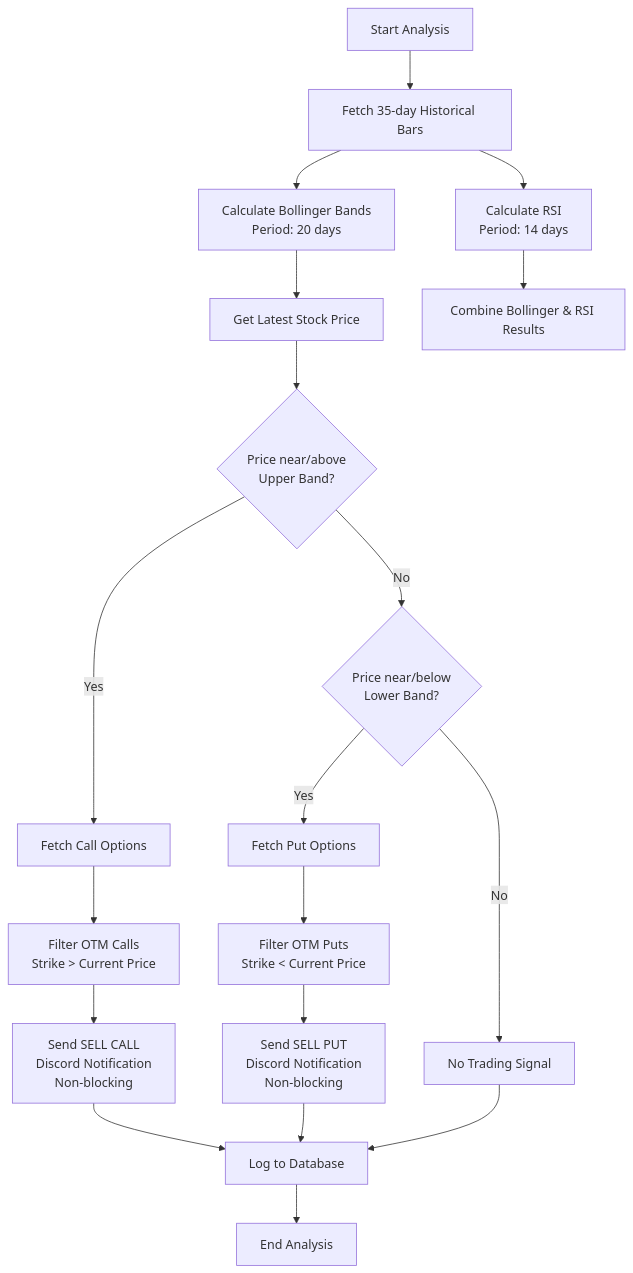
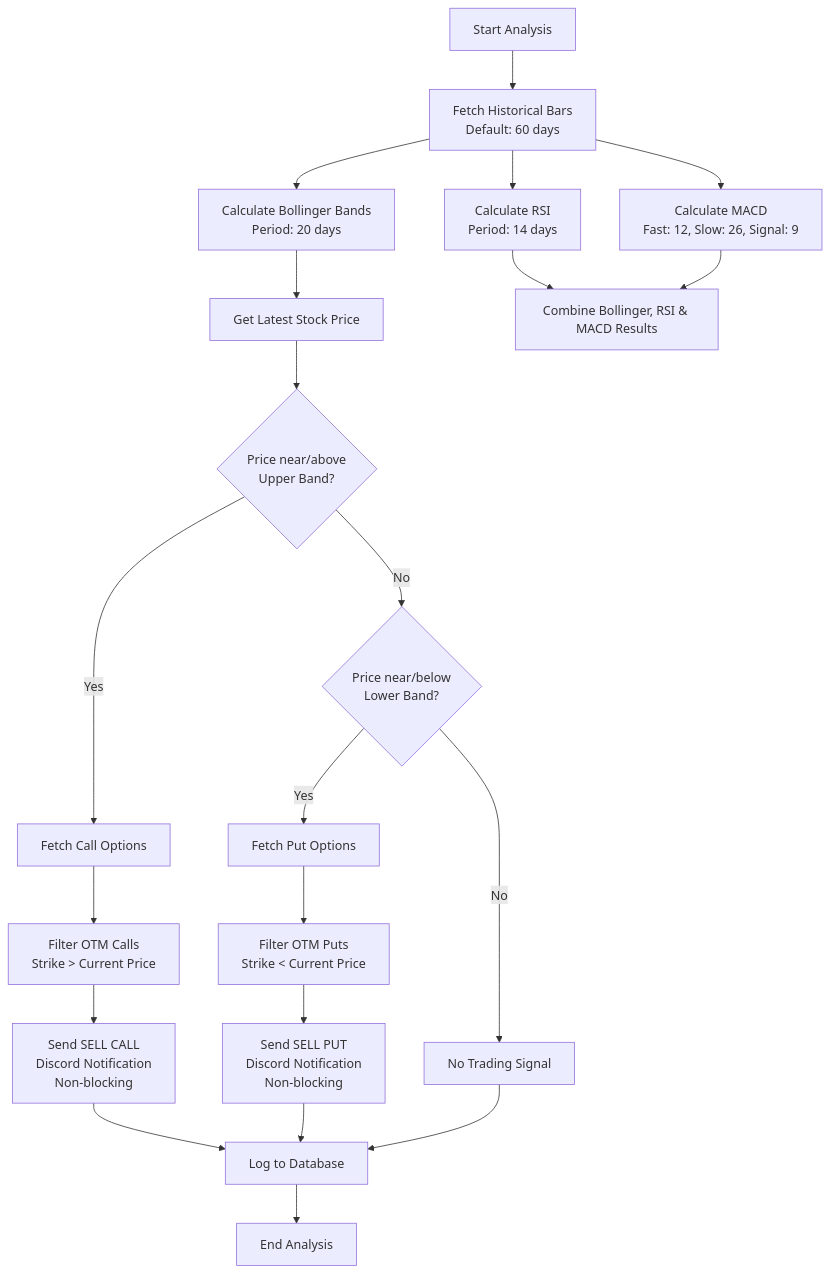
Before and after one commit to k-dang/bollinger-checker: the third of 3 diagrams in ARCHITECTURE.md, drawn with Mermaid. The commit also changed other lines of this file and 3 other files, not shown here.

````diff
--- a/ARCHITECTURE.md
+++ b/ARCHITECTURE.md
@@ -90,24 +96,26 @@
 ```mermaid
 graph TD
-    START[Start Analysis] --> FETCH_BARS[Fetch 35-day Historical Bars]
+    START[Start Analysis] --> FETCH_BARS[Fetch Historical Bars<br/>Default: 60 days]
     FETCH_BARS --> CALC_BB[Calculate Bollinger Bands<br/>Period: 20 days]
     FETCH_BARS --> CALC_RSI[Calculate RSI<br/>Period: 14 days]
+    FETCH_BARS --> CALC_MACD[Calculate MACD<br/>Fast: 12, Slow: 26, Signal: 9]
     CALC_BB --> GET_PRICE[Get Latest Stock Price]
-    CALC_RSI --> COMBINE[Combine Bollinger & RSI Results]
+    CALC_RSI --> COMBINE[Combine Bollinger, RSI & MACD Results]
+    CALC_MACD --> COMBINE
     GET_PRICE --> CHECK_UPPER{Price near/above<br/>Upper Band?}
 
     CHECK_UPPER -->|Yes| FETCH_CALLS[Fetch Call Options]
     FETCH_CALLS --> FILTER_CALLS[Filter OTM Calls<br/>Strike > Current Price]
     FILTER_CALLS --> NOTIFY_CALLS[Send SELL CALL<br/>Discord Notification<br/>Non-blocking]
 
     CHECK_UPPER -->|No| CHECK_LOWER{Price near/below<br/>Lower Band?}
     CHECK_LOWER -->|Yes| FETCH_PUTS[Fetch Put Options]
     FETCH_PUTS --> FILTER_PUTS[Filter OTM Puts<br/>Strike < Current Price]
     FILTER_PUTS --> NOTIFY_PUTS[Send SELL PUT<br/>Discord Notification<br/>Non-blocking]
 
     CHECK_LOWER -->|No| NO_SIGNAL[No Trading Signal]
     NOTIFY_CALLS --> LOG_DB[Log to Database]
     NOTIFY_PUTS --> LOG_DB
     NO_SIGNAL --> LOG_DB
     LOG_DB --> END[End Analysis]
 ```
````
